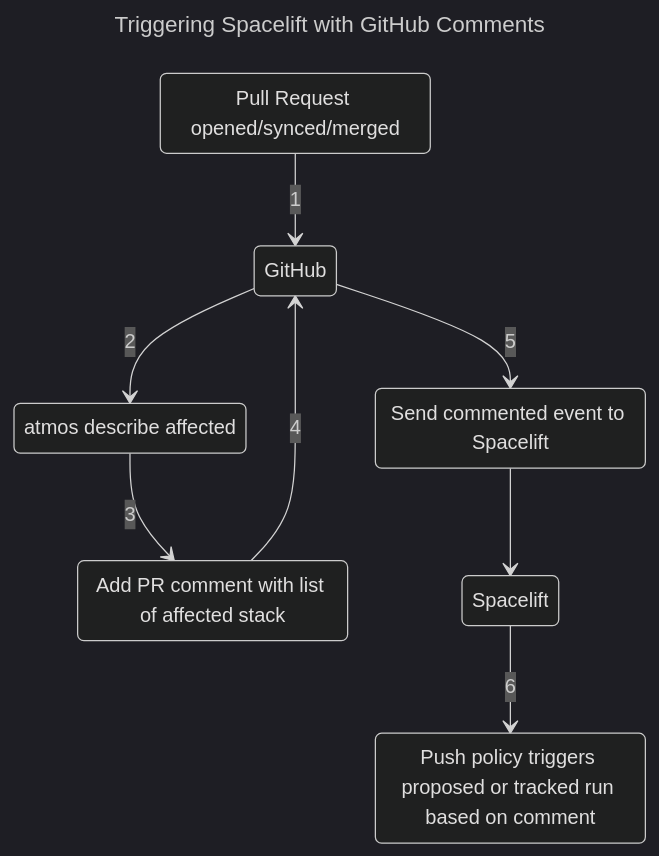
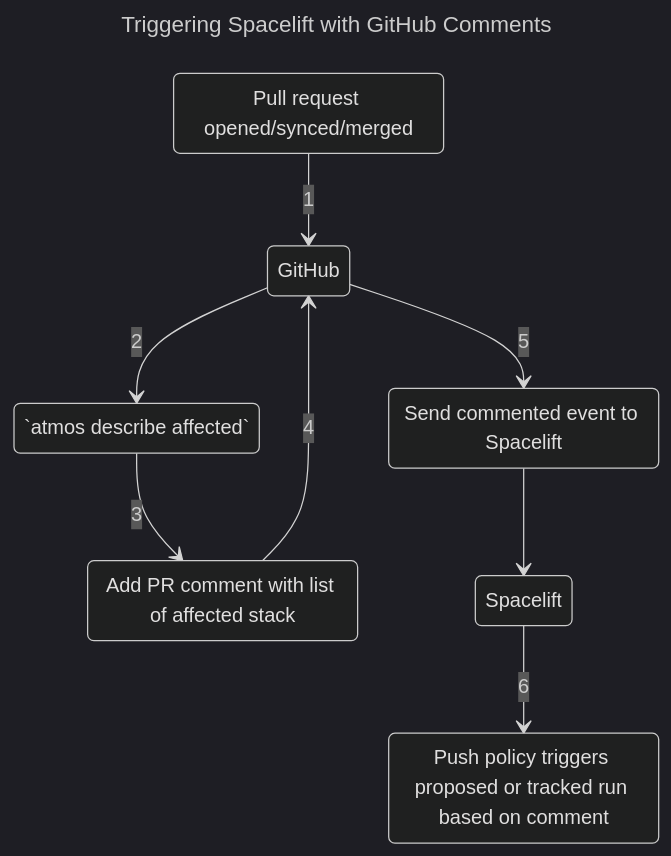
Before and after one commit to cloudposse/terraform-aws-components: the diagram in modules/spacelift/README.md, drawn with Mermaid (dark theme).

Commit message:
added mermaid diagram

````diff
--- a/modules/spacelift/README.md
+++ b/modules/spacelift/README.md
@@ -218,21 +218,21 @@
 ```mermaid
 ---
 title: Triggering Spacelift with GitHub Comments
 ---
 stateDiagram-v2
     pr --> gh : 1
     gh --> affected : 2
     affected --> pr_comment : 3
     pr_comment --> gh : 4
     gh --> comment : 5
     comment --> spacelift
     spacelift --> trigger : 6
 
-    state "Pull Request opened/synced/merged" as pr
+    state "Pull request opened/synced/merged" as pr
     state "GitHub" as gh
-    state "atmos describe affected" as affected
+    state "`atmos describe affected`" as affected
     state "Add PR comment with list of affected stack" as pr_comment
     state "Send commented event to Spacelift" as comment
     state "Spacelift" as spacelift
     state "Push policy triggers proposed or tracked run based on comment" as trigger
 ```
````
